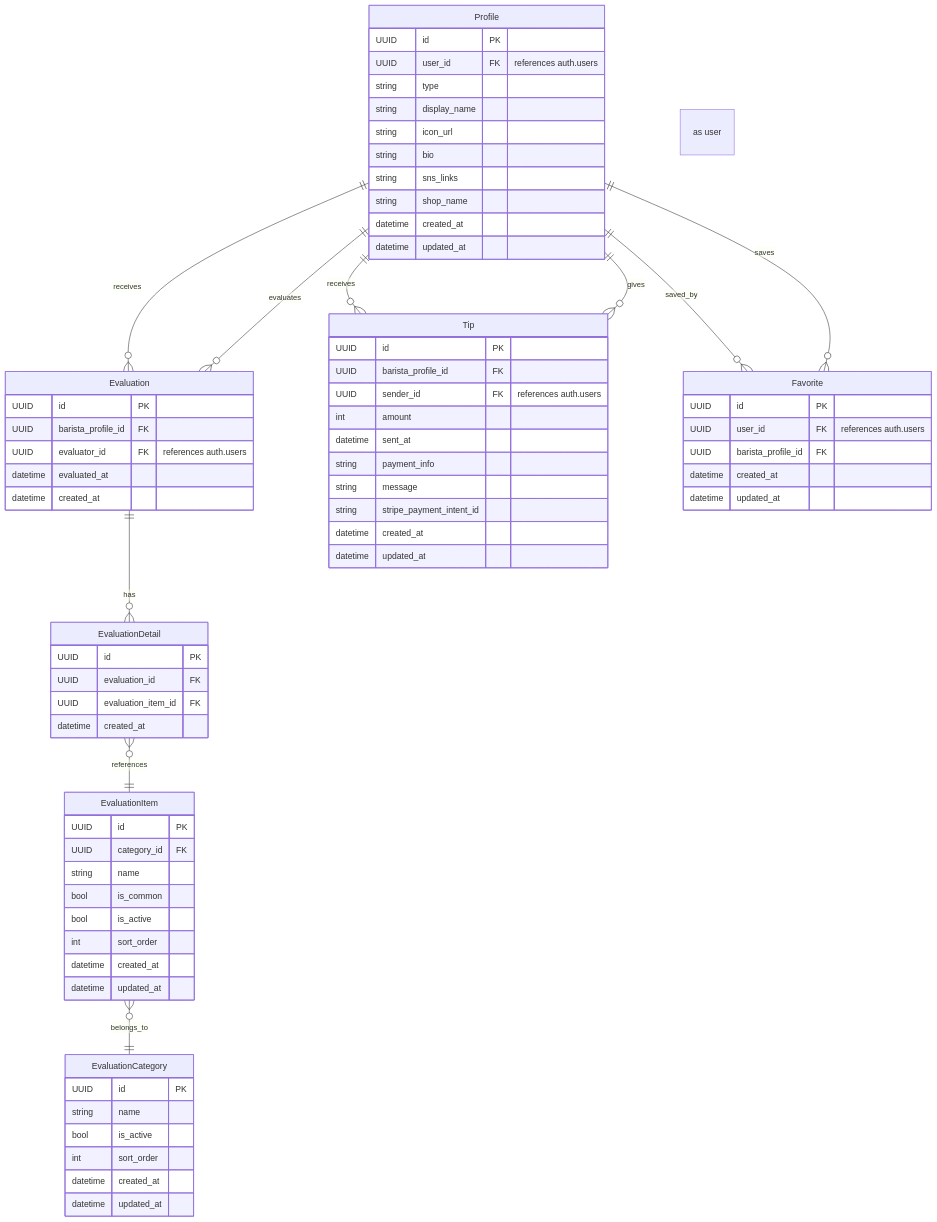
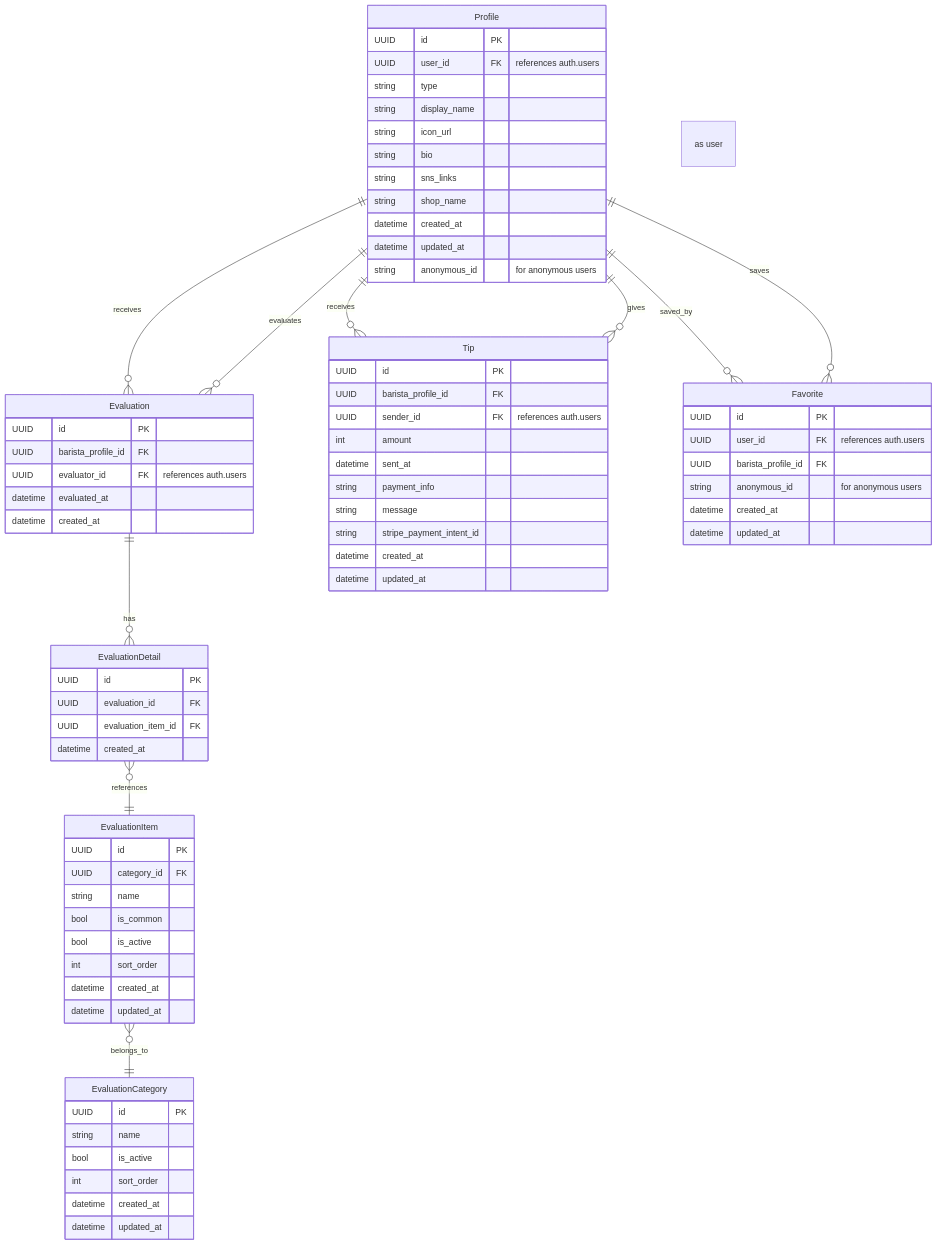
The diagram in README.md (aiirononeko/bra-b), drawn with Mermaid before and after one commit. The commit also changed other lines of this file and 16 other files, not shown here.

```diff
--- a/README.md
+++ b/README.md
@@ -47,6 +49,7 @@
   string shop_name
   datetime created_at
   datetime updated_at
+  string anonymous_id "for anonymous users"
 }
 
 Evaluation {
@@ -101,6 +104,7 @@
   UUID id PK
   UUID user_id FK "references auth.users"
   UUID barista_profile_id FK
+  string anonymous_id "for anonymous users"
   datetime created_at
   datetime updated_at
 }
```
